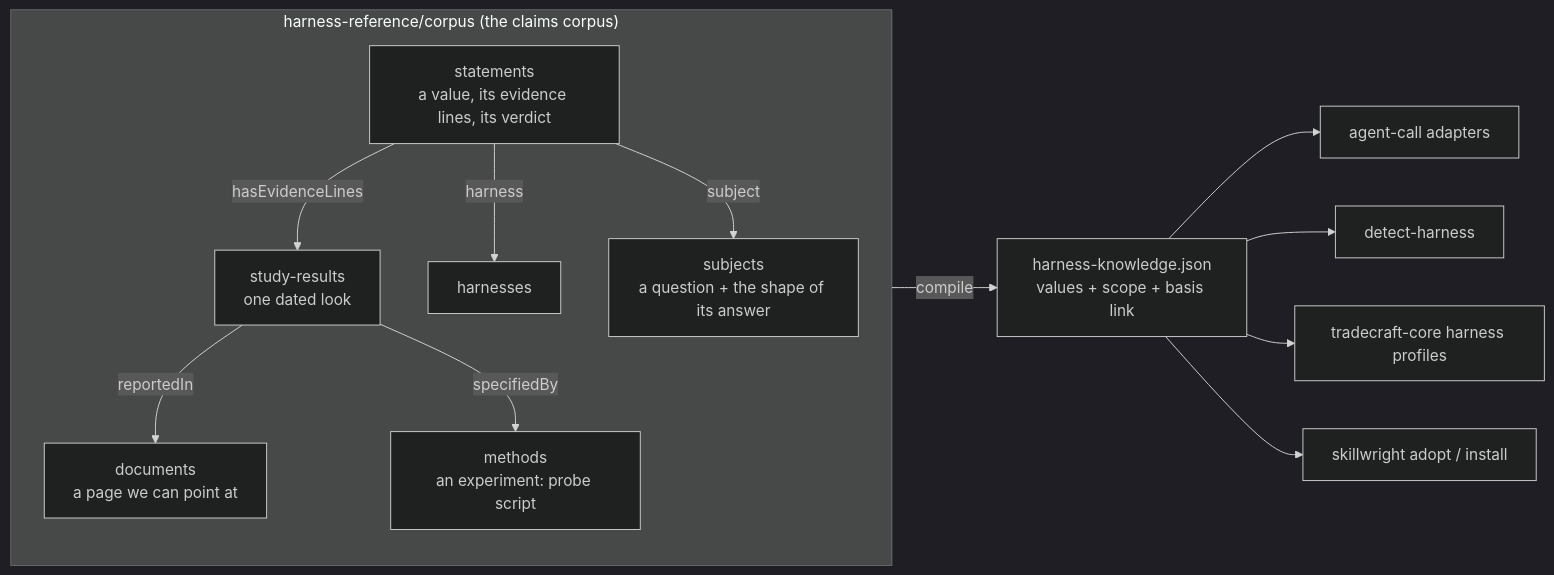
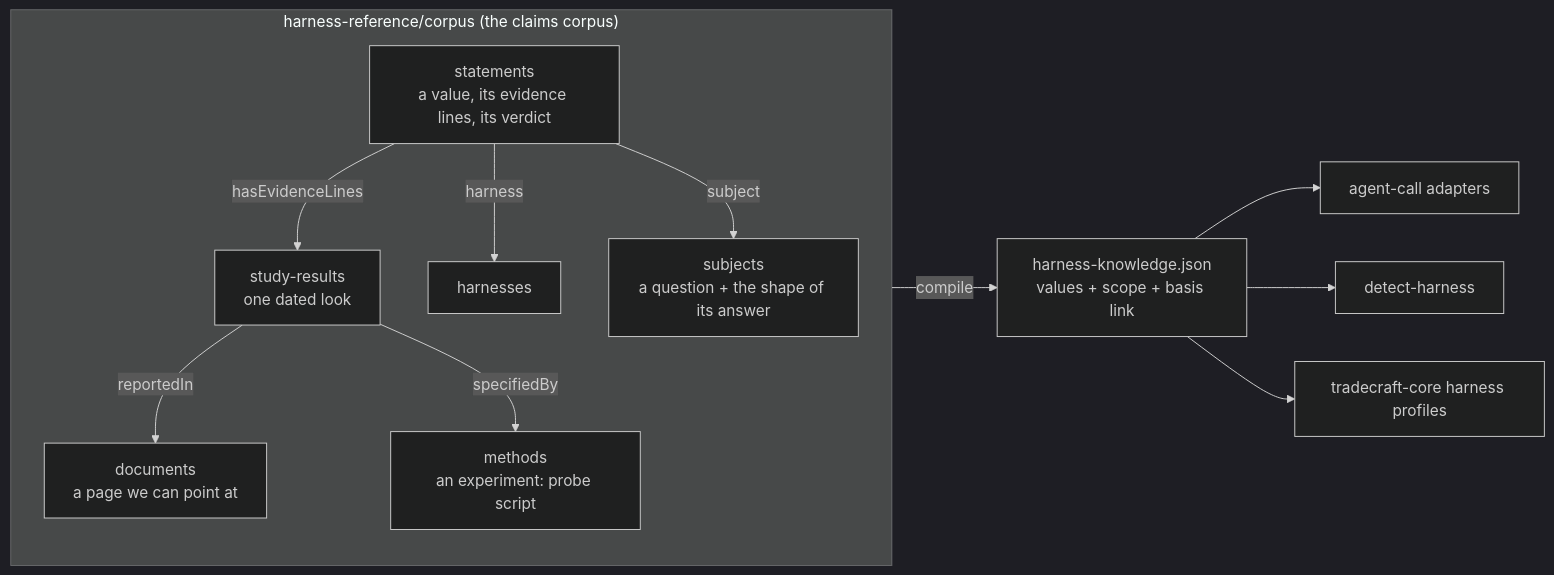
The diagram in docs/planning/harness-knowledge.md (osdlc/skillwright), drawn with Mermaid (dark theme) before and after one commit. The commit also changed 283 other files, not shown here.

````diff
--- a/docs/planning/harness-knowledge.md
+++ b/docs/planning/harness-knowledge.md
@@ -45,21 +45,20 @@
 ```mermaid
 flowchart LR
   subgraph corpus["harness-reference/corpus (the claims corpus)"]
     D[documents<br/>a page we can point at]
     M[methods<br/>an experiment: probe script]
     S[study-results<br/>one dated look]
     ST[statements<br/>a value, its evidence lines, its verdict]
     H[harnesses]
     SU[subjects<br/>a question + the shape of its answer]
     S -- reportedIn --> D
     S -- specifiedBy --> M
     ST -- hasEvidenceLines --> S
     ST -- harness --> H
     ST -- subject --> SU
   end
   corpus -- compile --> K[harness-knowledge.json<br/>values + scope + basis link]
   K --> AC[agent-call adapters]
   K --> DH[detect-harness]
   K --> TC[tradecraft-core harness profiles]
-  K --> AD[skillwright adopt / install]
 ```
````
